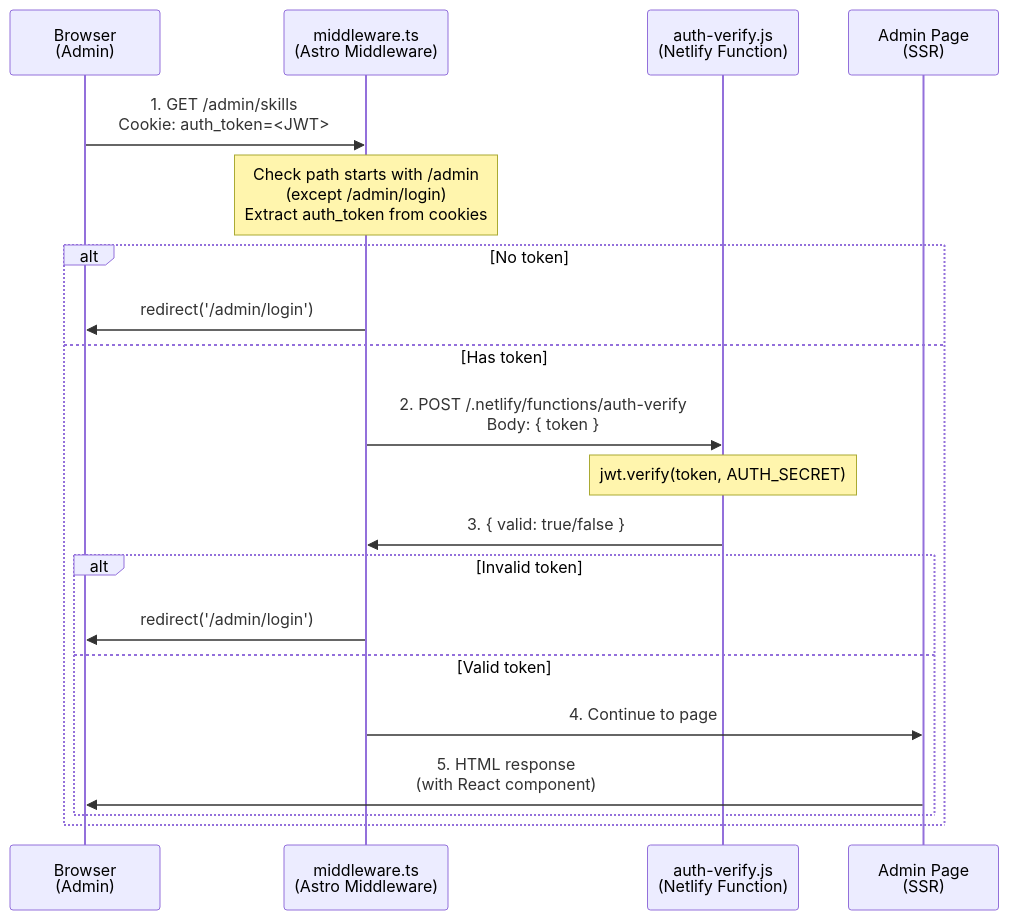
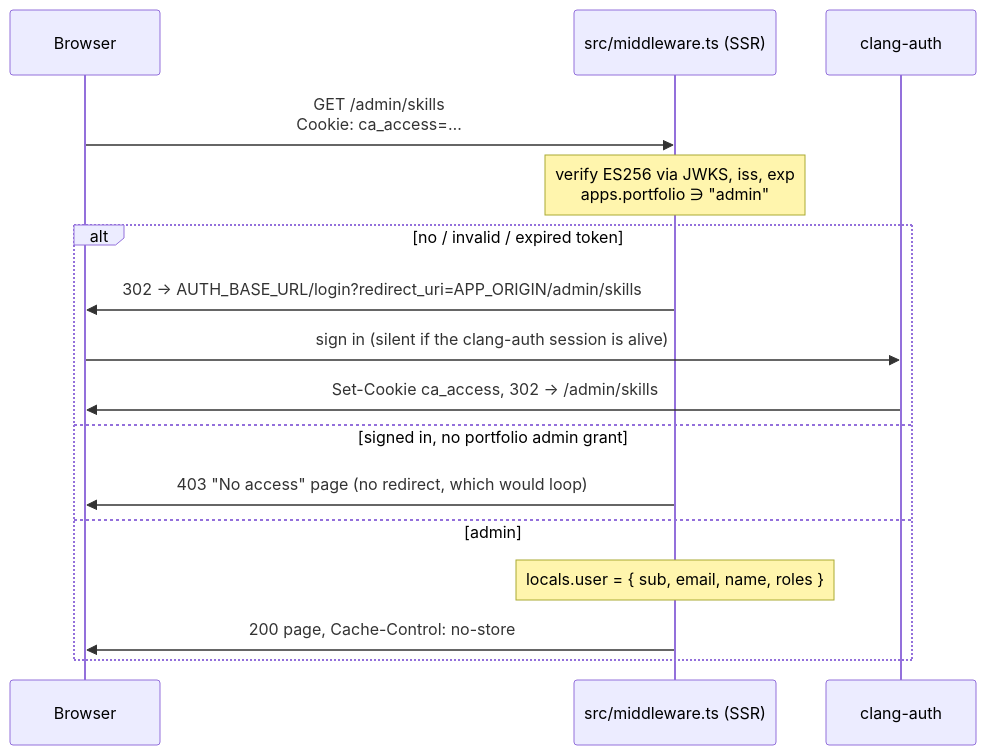
One commit to roadlittledawn/portfolio-site changed the third of 5 diagrams in docs/auth-flow-diagram.md. Above: the diagram before and after it, drawn with Mermaid. The commit also changed other lines of this file and 6 other files, not shown here.

First line of the commit message:
docs: document clang-auth sign-in, env vars and the migration plan

````diff
--- a/docs/auth-flow-diagram.md
+++ b/docs/auth-flow-diagram.md
@@ -92,28 +63,19 @@
 ```mermaid
 sequenceDiagram
-    participant Browser as Browser<br/>(Admin)
-    participant Middleware as middleware.ts<br/>(Astro Middleware)
-    participant Verify as auth-verify.js<br/>(Netlify Function)
-    participant Page as Admin Page<br/>(SSR)
-    
-    Browser->>Middleware: 1. GET /admin/skills<br/>Cookie: auth_token=<JWT>
-    
-    Note over Middleware: Check path starts with /admin<br/>(except /admin/login)<br/>Extract auth_token from cookies
-    
-    alt No token
-        Middleware->>Browser: redirect('/admin/login')
-    else Has token
-        Middleware->>Verify: 2. POST /.netlify/functions/auth-verify<br/>Body: { token }
-        
-        Note over Verify: jwt.verify(token, AUTH_SECRET)
-        
-        Verify->>Middleware: 3. { valid: true/false }
-        
-        alt Invalid token
-            Middleware->>Browser: redirect('/admin/login')
-        else Valid token
-            Middleware->>Page: 4. Continue to page
-            Page->>Browser: 5. HTML response<br/>(with React component)
-        end
+    participant Browser
+    participant MW as src/middleware.ts (SSR)
+    participant Auth as clang-auth
+
+    Browser->>MW: GET /admin/skills<br/>Cookie: ca_access=…
+    Note over MW: verify ES256 via JWKS, iss, exp<br/>apps.portfolio ∋ "admin"
+    alt no / invalid / expired token
+        MW->>Browser: 302 → AUTH_BASE_URL/login?redirect_uri=APP_ORIGIN/admin/skills
+        Browser->>Auth: sign in (silent if the clang-auth session is alive)
+        Auth->>Browser: Set-Cookie ca_access, 302 → /admin/skills
+    else signed in, no portfolio admin grant
+        MW->>Browser: 403 "No access" page (no redirect, which would loop)
+    else admin
+        Note over MW: locals.user = { sub, email, name, roles }
+        MW->>Browser: 200 page, Cache-Control: no-store
     end
 ```
````
